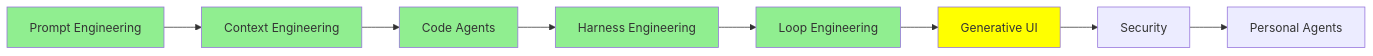
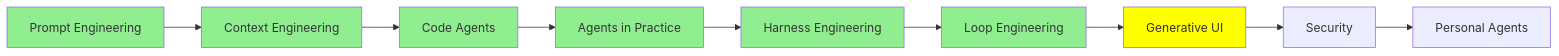
One commit to lokumai/ai-engineering-bazaar changed the diagram in mini-courses/2_intermediate/ui.md. Above: the diagram before and after it, drawn with Mermaid. The commit also changed 48 other files, not shown here.

````diff
--- a/mini-courses/2_intermediate/ui.md
+++ b/mini-courses/2_intermediate/ui.md
@@ -15,16 +15,18 @@
 ```mermaid
 graph LR
     A[Prompt Engineering] --> B[Context Engineering]
     B --> C[Code Agents]
-    C --> D[Harness Engineering]
-    D --> E[Loop Engineering]
-    E --> F[Generative UI]
-    F --> G[Security]
-    G --> H[Personal Agents]
+    C --> D[Agents in Practice]
+    D --> E[Harness Engineering]
+    E --> F[Loop Engineering]
+    F --> G[Generative UI]
+    G --> H[Security]
+    H --> I[Personal Agents]
     style A fill:#90EE90
     style B fill:#90EE90
     style C fill:#90EE90
     style D fill:#90EE90
     style E fill:#90EE90
-    style F fill:#FFFF00
+    style F fill:#90EE90
+    style G fill:#FFFF00
 ```
````
